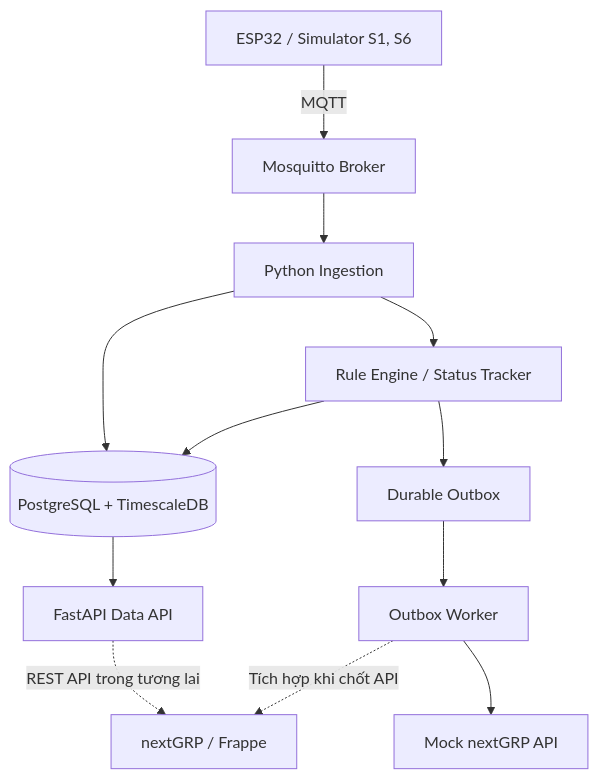
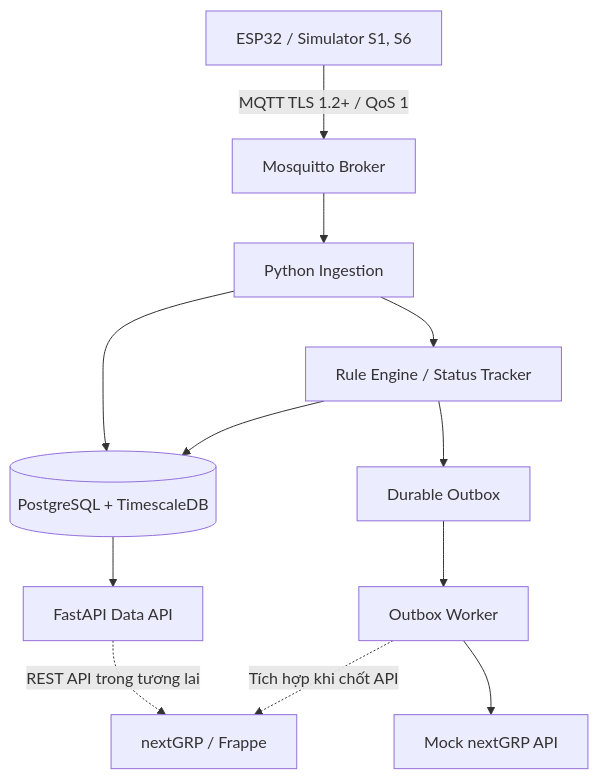
One commit to IOT-hainamtech/data-plan-Dev-2 changed the diagram in README.md. Above: the diagram before and after it, drawn with Mermaid. The commit also changed other lines of this file and 13 other files, not shown here.

Commit message:
feat: secure MQTT transport with TLS and device ACLs

````diff
--- a/README.md
+++ b/README.md
@@ -9,14 +9,14 @@
 ```mermaid
 flowchart TD
-    A[ESP32 / Simulator S1, S6] -->|MQTT| B[Mosquitto Broker]
+    A[ESP32 / Simulator S1, S6] -->|MQTT TLS 1.2+ / QoS 1| B[Mosquitto Broker]
     B --> C[Python Ingestion]
     C --> D[(PostgreSQL + TimescaleDB)]
     C --> E[Rule Engine / Status Tracker]
     E --> D
     E --> F[Durable Outbox]
     F --> G[Outbox Worker]
     G --> H[Mock nextGRP API]
     D --> I[FastAPI Data API]
     I -. REST API trong tương lai .-> J[nextGRP / Frappe]
     G -. Tích hợp khi chốt API .-> J
 ```
````
